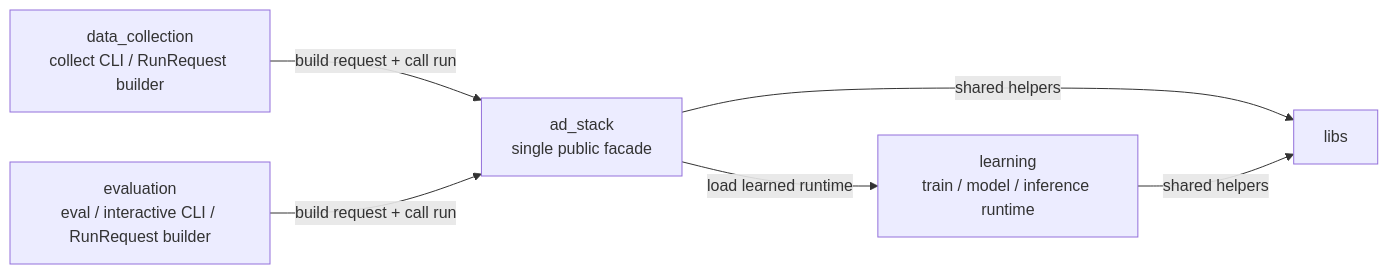
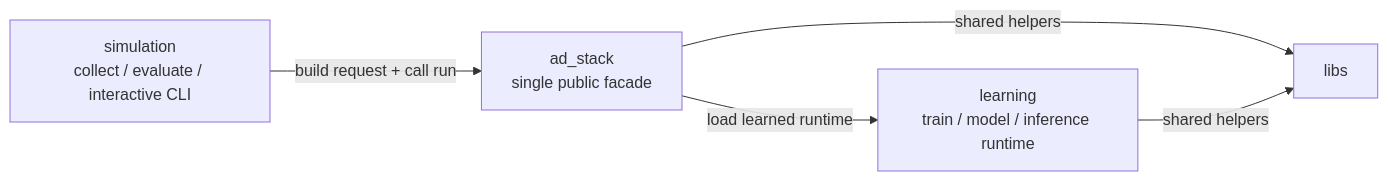
Before and after one commit to masahiro-kubota/carla_alpamayo: the first of 2 diagrams in docs/DIRECTORY_RELATIONSHIPS.md, drawn with Mermaid. The commit also changed other lines of this file and 17 other files, not shown here.

````diff
--- a/docs/DIRECTORY_RELATIONSHIPS.md
+++ b/docs/DIRECTORY_RELATIONSHIPS.md
@@ -18,9 +18,8 @@
 ```mermaid
 flowchart LR
-  data_collection["data_collection<br/>collect CLI / RunRequest builder"] -->|build request + call run| ad_stack["ad_stack<br/>single public facade"]
-  evaluation["evaluation<br/>eval / interactive CLI / RunRequest builder"] -->|build request + call run| ad_stack
+  simulation["simulation<br/>collect / evaluate / interactive CLI"] -->|build request + call run| ad_stack["ad_stack<br/>single public facade"]
   ad_stack -->|load learned runtime| learning["learning<br/>train / model / inference runtime"]
 
   ad_stack -->|shared helpers| libs
   learning -->|shared helpers| libs
 ```
````
